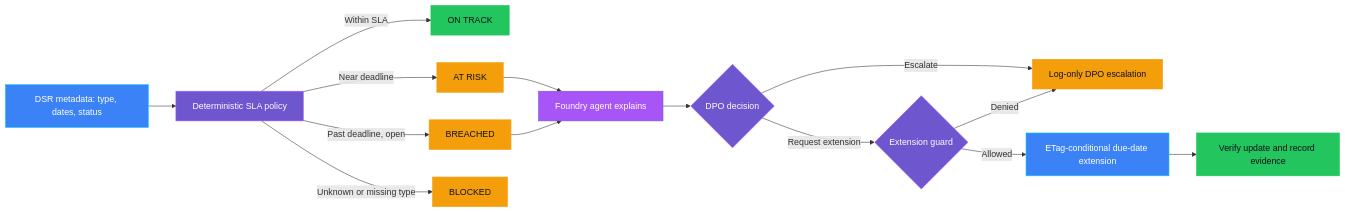
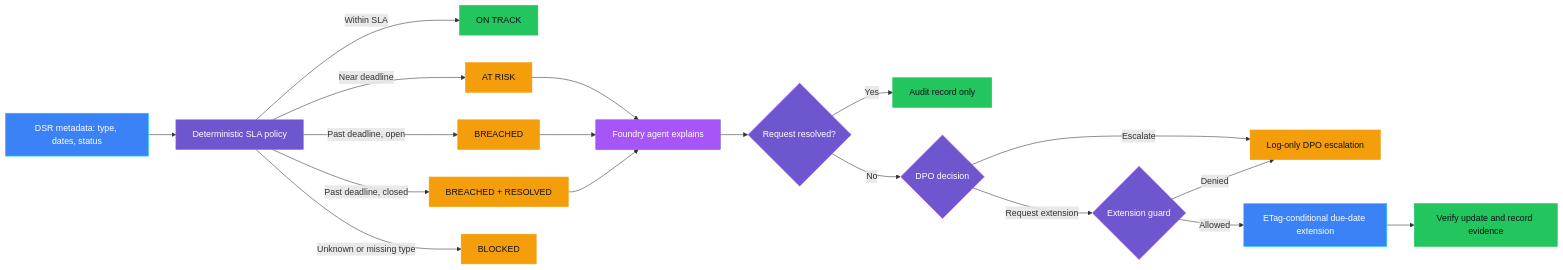
Before and after one commit to doruit/forged-with-foundry: the first of 2 diagrams in controls/privacy/PRI-003_data_subject_request_sla_breach/README.md, drawn with Mermaid. The commit also changed other lines of this file and 1 other file, not shown here.

Commit message:
Document closed request safeguards in PRI-003

````diff
--- a/controls/privacy/PRI-003_data_subject_request_sla_breach/README.md
+++ b/controls/privacy/PRI-003_data_subject_request_sla_breach/README.md
@@ -111,27 +115,31 @@
 ```mermaid
 flowchart LR
   S[DSR metadata: type, dates, status] --> P[Deterministic SLA policy]
   P -->|Within SLA| C[ON TRACK]
   P -->|Near deadline| W[AT RISK]
   P -->|Past deadline, open| B[BREACHED]
+  P -->|Past deadline, closed| Z[BREACHED + RESOLVED]
   P -->|Unknown or missing type| X[BLOCKED]
   W --> A[Foundry agent explains]
   B --> A
-  A --> Q{DPO decision}
+  Z --> A
+  A --> H{Request resolved?}
+  H -->|Yes| O[Audit record only]
+  H -->|No| Q{DPO decision}
   Q -->|Escalate| E[Log-only DPO escalation]
   Q -->|Request extension| G{Extension guard}
   G -->|Denied| E
   G -->|Allowed| D[ETag-conditional due-date extension]
   D --> R[Verify update and record evidence]
 
     classDef governance fill:#6E56CF,stroke:#A855F7,color:#FFFFFF
     classDef platform fill:#3B82F6,stroke:#00D4FF,color:#FFFFFF
     classDef intelligence fill:#A855F7,stroke:#6E56CF,color:#FFFFFF
     classDef success fill:#22C55E,stroke:#22C55E,color:#0D1117
     classDef attention fill:#F59E0B,stroke:#F59E0B,color:#0D1117
     class S,D platform
-    class P,Q,G governance
+    class P,H,Q,G governance
     class A intelligence
-    class C,R success
-    class W,B,X,E attention
+    class C,O,R success
+    class W,B,Z,X,E attention
 ```
````
